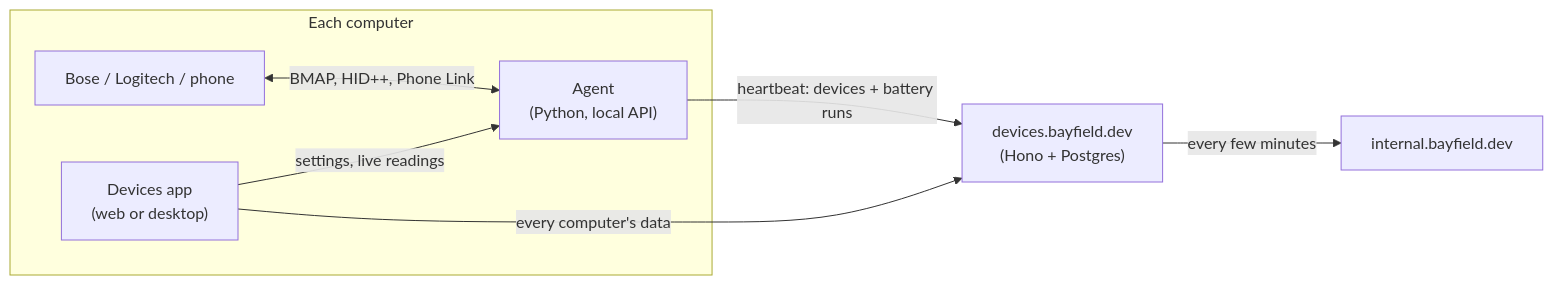
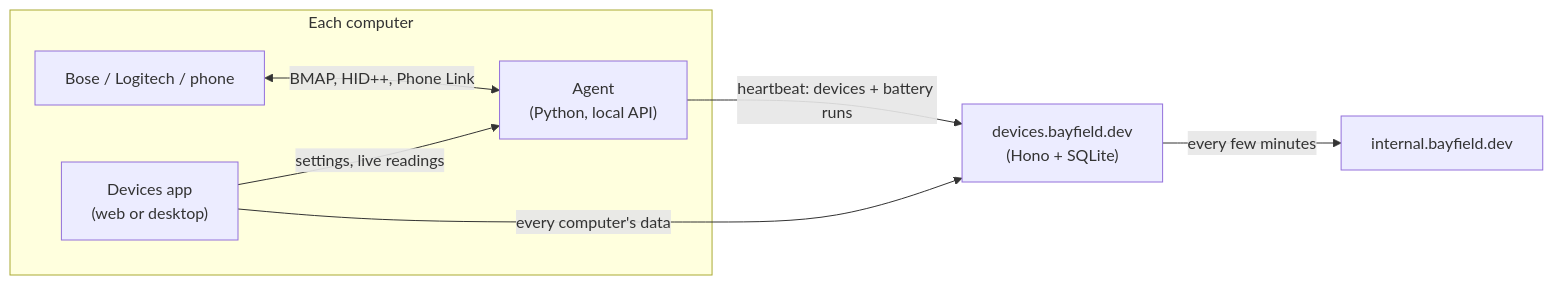
Before and after one commit to PaulBayfield/.wireless-devices-control: the diagram in README.md, drawn with Mermaid. The commit also changed other lines of this file and 15 other files, not shown here.

First line of the commit message:
feat(server)!: store the data in a SQLite file instead of Postgres

````diff
--- a/README.md
+++ b/README.md
@@ -73,10 +73,10 @@
 ```mermaid
 flowchart LR
   subgraph PC["Each computer"]
     D["Bose / Logitech / phone"] <-->|"BMAP, HID++, Phone Link"| A["Agent<br/>(Python, local API)"]
     APP["Devices app<br/>(web or desktop)"] -->|"settings, live readings"| A
   end
-  A -->|"heartbeat: devices + battery runs"| S["devices.bayfield.dev<br/>(Hono + Postgres)"]
+  A -->|"heartbeat: devices + battery runs"| S["devices.bayfield.dev<br/>(Hono + SQLite)"]
   APP -->|"every computer's data"| S
   S -->|"every few minutes"| I["internal.bayfield.dev"]
 ```
````
